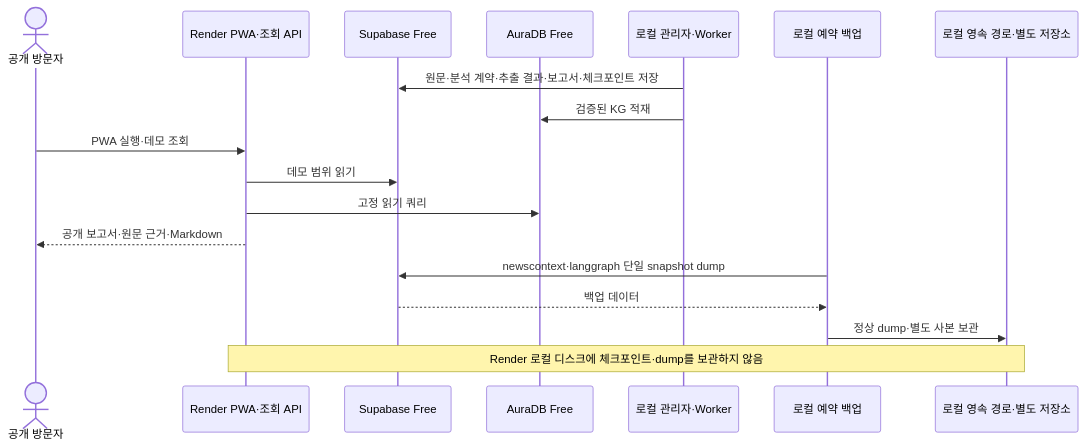
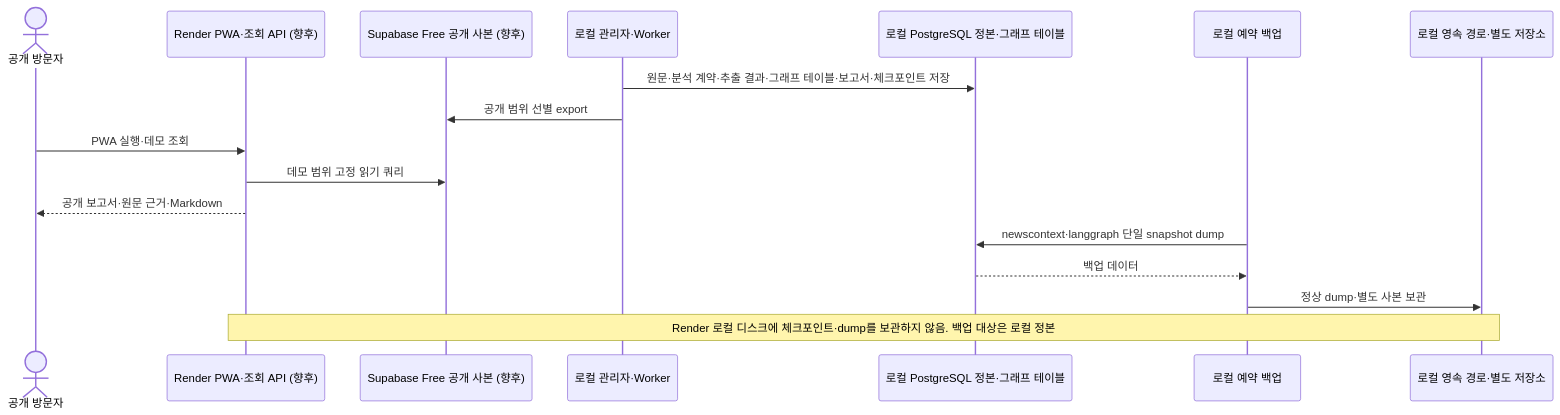
The first of 17 diagrams in docs/sequences.md (mykim711231/NewsContext), drawn with Mermaid before and after one commit. The commit also changed other lines of this file and 11 other files, not shown here.

First line of the commit message:
docs: store KG in local PostgreSQL graph tables, drop Neo4j

````diff
--- a/docs/sequences.md
+++ b/docs/sequences.md
@@ -15,20 +15,19 @@
 ```mermaid
 sequenceDiagram
     actor Visitor as 공개 방문자
-    participant Render as Render PWA·조회 API
-    participant DB as Supabase Free
-    participant Aura as AuraDB Free
+    participant Render as Render PWA·조회 API (향후)
+    participant Pub as Supabase Free 공개 사본 (향후)
     participant Local as 로컬 관리자·Worker
+    participant DB as 로컬 PostgreSQL 정본·그래프 테이블
     participant Backup as 로컬 예약 백업
     participant Disk as 로컬 영속 경로·별도 저장소
-    Local->>DB: 원문·분석 계약·추출 결과·보고서·체크포인트 저장
-    Local->>Aura: 검증된 KG 적재
+    Local->>DB: 원문·분석 계약·추출 결과·그래프 테이블·보고서·체크포인트 저장
+    Local->>Pub: 공개 범위 선별 export
     Visitor->>Render: PWA 실행·데모 조회
-    Render->>DB: 데모 범위 읽기
-    Render->>Aura: 고정 읽기 쿼리
+    Render->>Pub: 데모 범위 고정 읽기 쿼리
     Render-->>Visitor: 공개 보고서·원문 근거·Markdown
     Backup->>DB: newscontext·langgraph 단일 snapshot dump
     DB-->>Backup: 백업 데이터
     Backup->>Disk: 정상 dump·별도 사본 보관
-    Note over Render,Disk: Render 로컬 디스크에 체크포인트·dump를 보관하지 않음
+    Note over Render,Disk: Render 로컬 디스크에 체크포인트·dump를 보관하지 않음. 백업 대상은 로컬 정본
 ```
````
